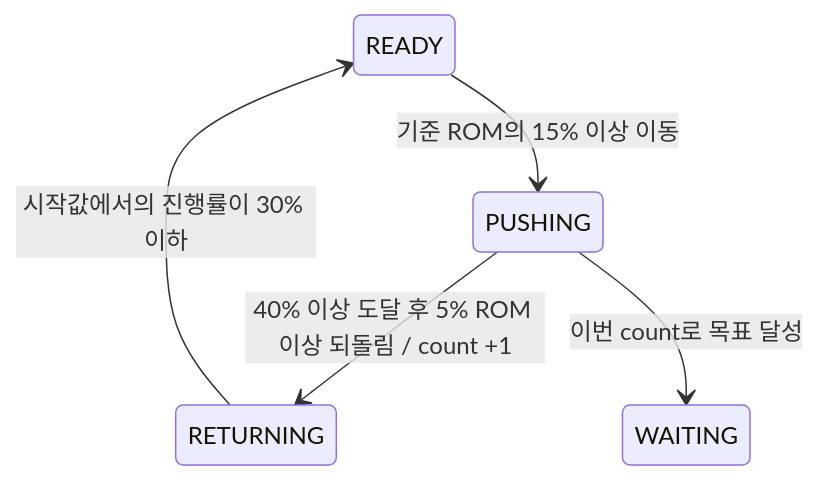
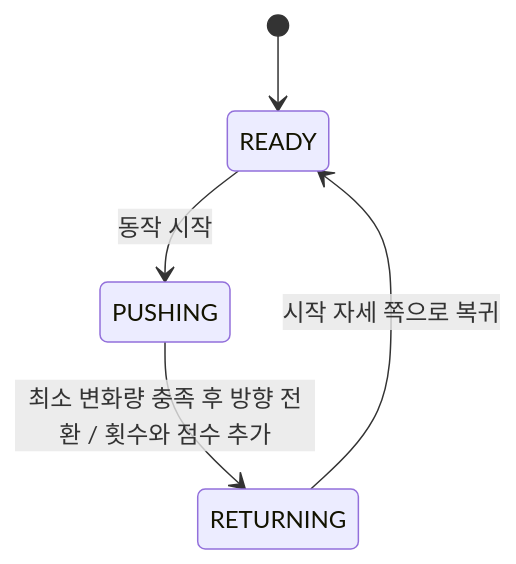
The third of 3 diagrams in README.md (KJH121212/ASAN_01_real_time_YOLO), drawn with Mermaid before and after one commit. The commit also changed other lines of this file and 106 other files, not shown here.

````diff
--- a/README.md
+++ b/README.md
@@ -291,7 +216,7 @@
 ```mermaid
 stateDiagram-v2
-    READY --> PUSHING: 기준 ROM의 15% 이상 이동
-    PUSHING --> RETURNING: 40% 이상 도달 후 5% ROM 이상 되돌림 / count +1
-    RETURNING --> READY: 시작값에서의 진행률이 30% 이하
-    PUSHING --> WAITING: 이번 count로 목표 달성
+    [*] --> READY
+    READY --> PUSHING: 동작 시작
+    PUSHING --> RETURNING: 최소 변화량 충족 후 방향 전환 / 횟수와 점수 추가
+    RETURNING --> READY: 시작 자세 쪽으로 복귀
 ```
````
